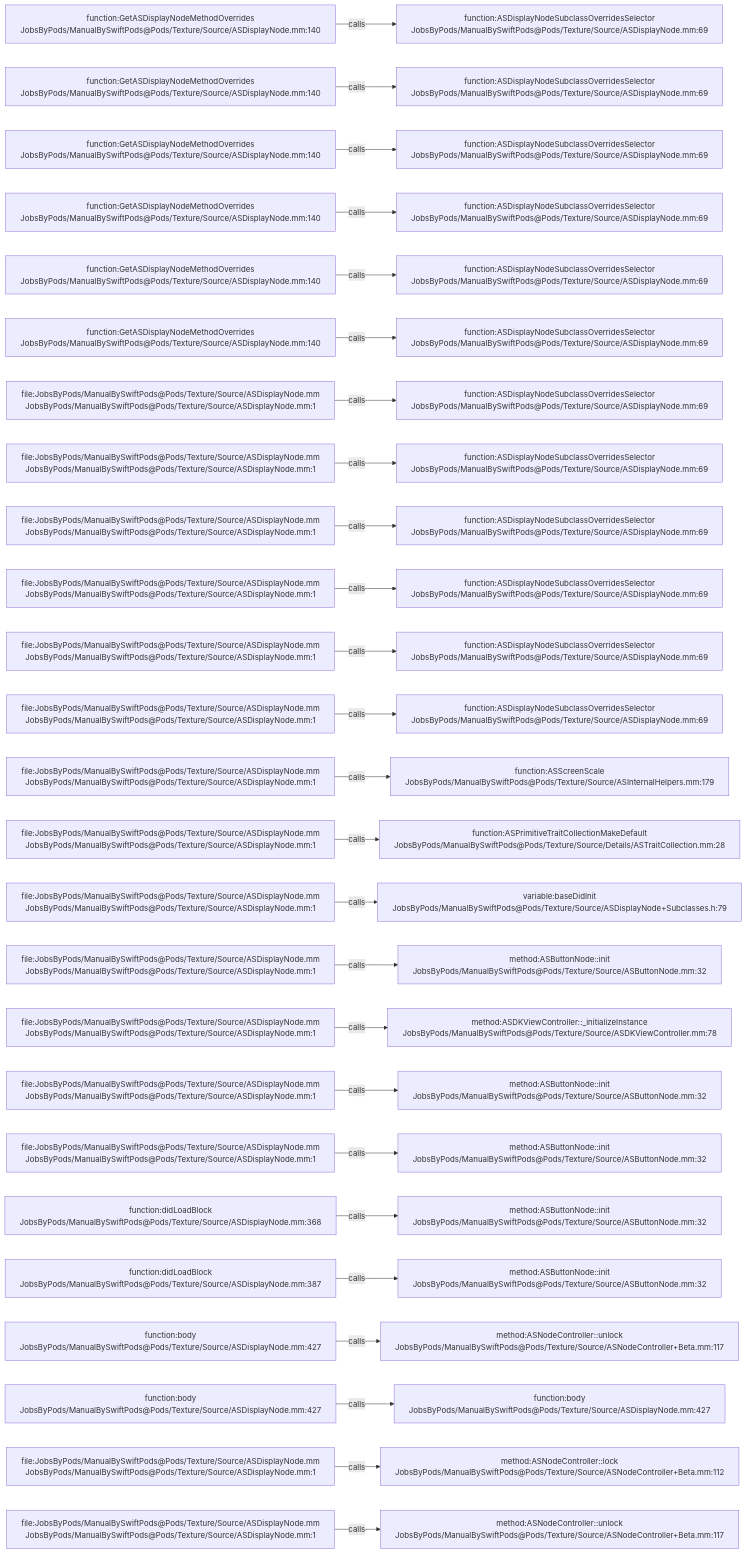
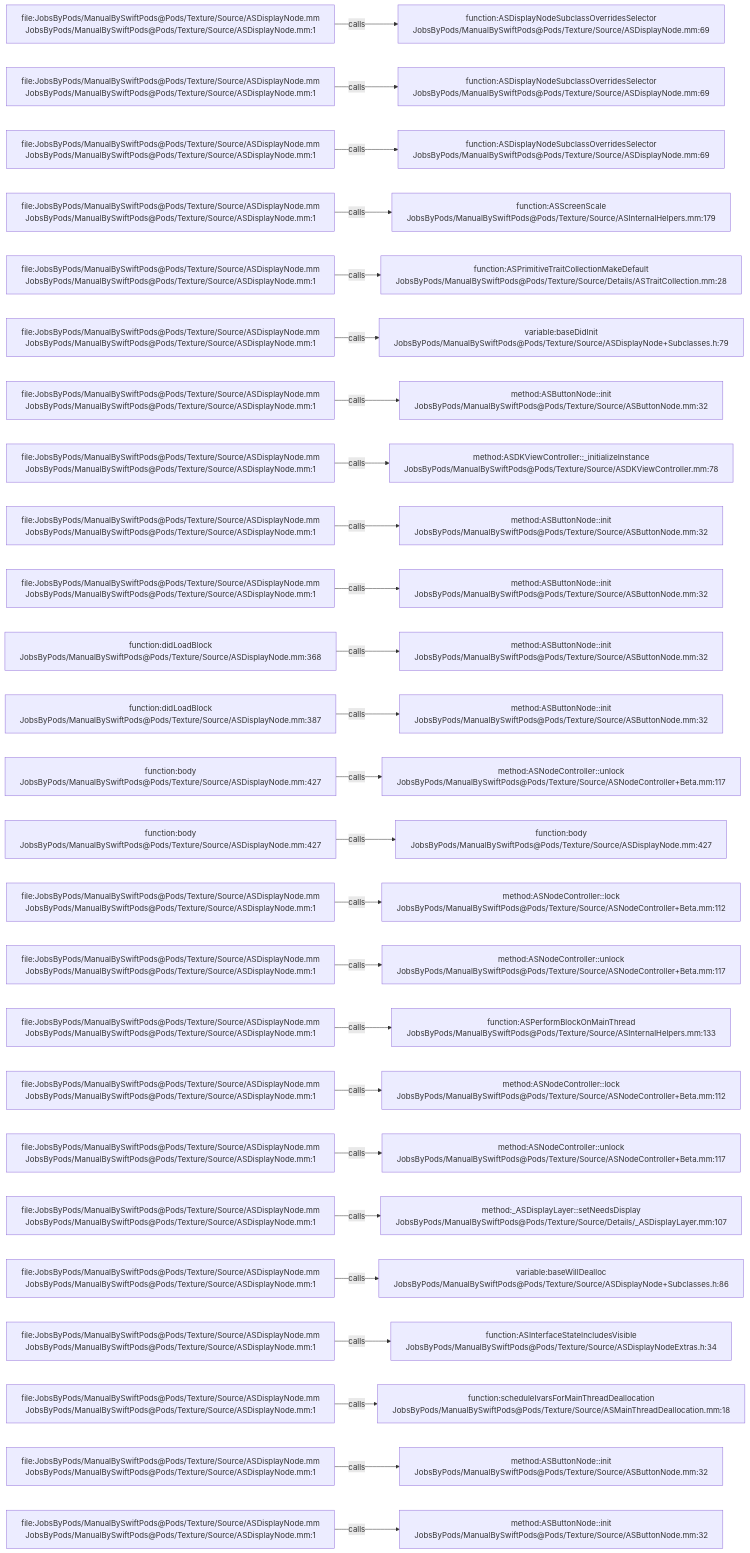
One commit to JobsKits/JobsSwiftBaseConfigDemo changed the diagram in .codegraph/codegraph.md/graphs/calls-027.md. Above: the diagram before and after it, drawn with Mermaid. The commit also changed 707 other files, not shown here.

````diff
--- a/.codegraph/codegraph.md/graphs/calls-027.md
+++ b/.codegraph/codegraph.md/graphs/calls-027.md
@@ -13,78 +13,78 @@
 ```mermaid
 flowchart LR
-  S1["function:GetASDisplayNodeMethodOverrides<br/>JobsByPods/ManualBySwiftPods@Pods/Texture/Source/ASDisplayNode.mm:140"]
+  S1["file:JobsByPods/ManualBySwiftPods@Pods/Texture/Source/ASDisplayNode.mm<br/>JobsByPods/ManualBySwiftPods@Pods/Texture/Source/ASDisplayNode.mm:1"]
   T1["function:ASDisplayNodeSubclassOverridesSelector<br/>JobsByPods/ManualBySwiftPods@Pods/Texture/Source/ASDisplayNode.mm:69"]
   S1 -->|calls| T1
-  S2["function:GetASDisplayNodeMethodOverrides<br/>JobsByPods/ManualBySwiftPods@Pods/Texture/Source/ASDisplayNode.mm:140"]
+  S2["file:JobsByPods/ManualBySwiftPods@Pods/Texture/Source/ASDisplayNode.mm<br/>JobsByPods/ManualBySwiftPods@Pods/Texture/Source/ASDisplayNode.mm:1"]
   T2["function:ASDisplayNodeSubclassOverridesSelector<br/>JobsByPods/ManualBySwiftPods@Pods/Texture/Source/ASDisplayNode.mm:69"]
   S2 -->|calls| T2
-  S3["function:GetASDisplayNodeMethodOverrides<br/>JobsByPods/ManualBySwiftPods@Pods/Texture/Source/ASDisplayNode.mm:140"]
+  S3["file:JobsByPods/ManualBySwiftPods@Pods/Texture/Source/ASDisplayNode.mm<br/>JobsByPods/ManualBySwiftPods@Pods/Texture/Source/ASDisplayNode.mm:1"]
   T3["function:ASDisplayNodeSubclassOverridesSelector<br/>JobsByPods/ManualBySwiftPods@Pods/Texture/Source/ASDisplayNode.mm:69"]
   S3 -->|calls| T3
-  S4["function:GetASDisplayNodeMethodOverrides<br/>JobsByPods/ManualBySwiftPods@Pods/Texture/Source/ASDisplayNode.mm:140"]
-  T4["function:ASDisplayNodeSubclassOverridesSelector<br/>JobsByPods/ManualBySwiftPods@Pods/Texture/Source/ASDisplayNode.mm:69"]
+  S4["file:JobsByPods/ManualBySwiftPods@Pods/Texture/Source/ASDisplayNode.mm<br/>JobsByPods/ManualBySwiftPods@Pods/Texture/Source/ASDisplayNode.mm:1"]
+  T4["function:ASScreenScale<br/>JobsByPods/ManualBySwiftPods@Pods/Texture/Source/ASInternalHelpers.mm:179"]
   S4 -->|calls| T4
-  S5["function:GetASDisplayNodeMethodOverrides<br/>JobsByPods/ManualBySwiftPods@Pods/Texture/Source/ASDisplayNode.mm:140"]
-  T5["function:ASDisplayNodeSubclassOverridesSelector<br/>JobsByPods/ManualBySwiftPods@Pods/Texture/Source/ASDisplayNode.mm:69"]
+  S5["file:JobsByPods/ManualBySwiftPods@Pods/Texture/Source/ASDisplayNode.mm<br/>JobsByPods/ManualBySwiftPods@Pods/Texture/Source/ASDisplayNode.mm:1"]
+  T5["function:ASPrimitiveTraitCollectionMakeDefault<br/>JobsByPods/ManualBySwiftPods@Pods/Texture/Source/Details/ASTraitCollection.mm:28"]
   S5 -->|calls| T5
-  S6["function:GetASDisplayNodeMethodOverrides<br/>JobsByPods/ManualBySwiftPods@Pods/Texture/Source/ASDisplayNode.mm:140"]
-  T6["function:ASDisplayNodeSubclassOverridesSelector<br/>JobsByPods/ManualBySwiftPods@Pods/Texture/Source/ASDisplayNode.mm:69"]
+  S6["file:JobsByPods/ManualBySwiftPods@Pods/Texture/Source/ASDisplayNode.mm<br/>JobsByPods/ManualBySwiftPods@Pods/Texture/Source/ASDisplayNode.mm:1"]
+  T6["variable:baseDidInit<br/>JobsByPods/ManualBySwiftPods@Pods/Texture/Source/ASDisplayNode+Subclasses.h:79"]
   S6 -->|calls| T6
   S7["file:JobsByPods/ManualBySwiftPods@Pods/Texture/Source/ASDisplayNode.mm<br/>JobsByPods/ManualBySwiftPods@Pods/Texture/Source/ASDisplayNode.mm:1"]
-  T7["function:ASDisplayNodeSubclassOverridesSelector<br/>JobsByPods/ManualBySwiftPods@Pods/Texture/Source/ASDisplayNode.mm:69"]
+  T7["method:ASButtonNode::init<br/>JobsByPods/ManualBySwiftPods@Pods/Texture/Source/ASButtonNode.mm:32"]
   S7 -->|calls| T7
   S8["file:JobsByPods/ManualBySwiftPods@Pods/Texture/Source/ASDisplayNode.mm<br/>JobsByPods/ManualBySwiftPods@Pods/Texture/Source/ASDisplayNode.mm:1"]
-  T8["function:ASDisplayNodeSubclassOverridesSelector<br/>JobsByPods/ManualBySwiftPods@Pods/Texture/Source/ASDisplayNode.mm:69"]
+  T8["method:ASDKViewController::_initializeInstance<br/>JobsByPods/ManualBySwiftPods@Pods/Texture/Source/ASDKViewController.mm:78"]
   S8 -->|calls| T8
   S9["file:JobsByPods/ManualBySwiftPods@Pods/Texture/Source/ASDisplayNode.mm<br/>JobsByPods/ManualBySwiftPods@Pods/Texture/Source/ASDisplayNode.mm:1"]
-  T9["function:ASDisplayNodeSubclassOverridesSelector<br/>JobsByPods/ManualBySwiftPods@Pods/Texture/Source/ASDisplayNode.mm:69"]
+  T9["method:ASButtonNode::init<br/>JobsByPods/ManualBySwiftPods@Pods/Texture/Source/ASButtonNode.mm:32"]
   S9 -->|calls| T9
   S10["file:JobsByPods/ManualBySwiftPods@Pods/Texture/Source/ASDisplayNode.mm<br/>JobsByPods/ManualBySwiftPods@Pods/Texture/Source/ASDisplayNode.mm:1"]
-  T10["function:ASDisplayNodeSubclassOverridesSelector<br/>JobsByPods/ManualBySwiftPods@Pods/Texture/Source/ASDisplayNode.mm:69"]
+  T10["method:ASButtonNode::init<br/>JobsByPods/ManualBySwiftPods@Pods/Texture/Source/ASButtonNode.mm:32"]
   S10 -->|calls| T10
-  S11["file:JobsByPods/ManualBySwiftPods@Pods/Texture/Source/ASDisplayNode.mm<br/>JobsByPods/ManualBySwiftPods@Pods/Texture/Source/ASDisplayNode.mm:1"]
-  T11["function:ASDisplayNodeSubclassOverridesSelector<br/>JobsByPods/ManualBySwiftPods@Pods/Texture/Source/ASDisplayNode.mm:69"]
+  S11["function:didLoadBlock<br/>JobsByPods/ManualBySwiftPods@Pods/Texture/Source/ASDisplayNode.mm:368"]
+  T11["method:ASButtonNode::init<br/>JobsByPods/ManualBySwiftPods@Pods/Texture/Source/ASButtonNode.mm:32"]
   S11 -->|calls| T11
-  S12["file:JobsByPods/ManualBySwiftPods@Pods/Texture/Source/ASDisplayNode.mm<br/>JobsByPods/ManualBySwiftPods@Pods/Texture/Source/ASDisplayNode.mm:1"]
-  T12["function:ASDisplayNodeSubclassOverridesSelector<br/>JobsByPods/ManualBySwiftPods@Pods/Texture/Source/ASDisplayNode.mm:69"]
+  S12["function:didLoadBlock<br/>JobsByPods/ManualBySwiftPods@Pods/Texture/Source/ASDisplayNode.mm:387"]
+  T12["method:ASButtonNode::init<br/>JobsByPods/ManualBySwiftPods@Pods/Texture/Source/ASButtonNode.mm:32"]
   S12 -->|calls| T12
-  S13["file:JobsByPods/ManualBySwiftPods@Pods/Texture/Source/ASDisplayNode.mm<br/>JobsByPods/ManualBySwiftPods@Pods/Texture/Source/ASDisplayNode.mm:1"]
-  T13["function:ASScreenScale<br/>JobsByPods/ManualBySwiftPods@Pods/Texture/Source/ASInternalHelpers.mm:179"]
+  S13["function:body<br/>JobsByPods/ManualBySwiftPods@Pods/Texture/Source/ASDisplayNode.mm:427"]
+  T13["method:ASNodeController::unlock<br/>JobsByPods/ManualBySwiftPods@Pods/Texture/Source/ASNodeController+Beta.mm:117"]
   S13 -->|calls| T13
-  S14["file:JobsByPods/ManualBySwiftPods@Pods/Texture/Source/ASDisplayNode.mm<br/>JobsByPods/ManualBySwiftPods@Pods/Texture/Source/ASDisplayNode.mm:1"]
-  T14["function:ASPrimitiveTraitCollectionMakeDefault<br/>JobsByPods/ManualBySwiftPods@Pods/Texture/Source/Details/ASTraitCollection.mm:28"]
+  S14["function:body<br/>JobsByPods/ManualBySwiftPods@Pods/Texture/Source/ASDisplayNode.mm:427"]
+  T14["function:body<br/>JobsByPods/ManualBySwiftPods@Pods/Texture/Source/ASDisplayNode.mm:427"]
   S14 -->|calls| T14
   S15["file:JobsByPods/ManualBySwiftPods@Pods/Texture/Source/ASDisplayNode.mm<br/>JobsByPods/ManualBySwiftPods@Pods/Texture/Source/ASDisplayNode.mm:1"]
-  T15["variable:baseDidInit<br/>JobsByPods/ManualBySwiftPods@Pods/Texture/Source/ASDisplayNode+Subclasses.h:79"]
+  T15["method:ASNodeController::lock<br/>JobsByPods/ManualBySwiftPods@Pods/Texture/Source/ASNodeController+Beta.mm:112"]
   S15 -->|calls| T15
   S16["file:JobsByPods/ManualBySwiftPods@Pods/Texture/Source/ASDisplayNode.mm<br/>JobsByPods/ManualBySwiftPods@Pods/Texture/Source/ASDisplayNode.mm:1"]
-  T16["method:ASButtonNode::init<br/>JobsByPods/ManualBySwiftPods@Pods/Texture/Source/ASButtonNode.mm:32"]
+  T16["method:ASNodeController::unlock<br/>JobsByPods/ManualBySwiftPods@Pods/Texture/Source/ASNodeController+Beta.mm:117"]
   S16 -->|calls| T16
   S17["file:JobsByPods/ManualBySwiftPods@Pods/Texture/Source/ASDisplayNode.mm<br/>JobsByPods/ManualBySwiftPods@Pods/Texture/Source/ASDisplayNode.mm:1"]
-  T17["method:ASDKViewController::_initializeInstance<br/>JobsByPods/ManualBySwiftPods@Pods/Texture/Source/ASDKViewController.mm:78"]
+  T17["function:ASPerformBlockOnMainThread<br/>JobsByPods/ManualBySwiftPods@Pods/Texture/Source/ASInternalHelpers.mm:133"]
   S17 -->|calls| T17
   S18["file:JobsByPods/ManualBySwiftPods@Pods/Texture/Source/ASDisplayNode.mm<br/>JobsByPods/ManualBySwiftPods@Pods/Texture/Source/ASDisplayNode.mm:1"]
-  T18["method:ASButtonNode::init<br/>JobsByPods/ManualBySwiftPods@Pods/Texture/Source/ASButtonNode.mm:32"]
+  T18["method:ASNodeController::lock<br/>JobsByPods/ManualBySwiftPods@Pods/Texture/Source/ASNodeController+Beta.mm:112"]
   S18 -->|calls| T18
   S19["file:JobsByPods/ManualBySwiftPods@Pods/Texture/Source/ASDisplayNode.mm<br/>JobsByPods/ManualBySwiftPods@Pods/Texture/Source/ASDisplayNode.mm:1"]
-  T19["method:ASButtonNode::init<br/>JobsByPods/ManualBySwiftPods@Pods/Texture/Source/ASButtonNode.mm:32"]
+  T19["method:ASNodeController::unlock<br/>JobsByPods/ManualBySwiftPods@Pods/Texture/Source/ASNodeController+Beta.mm:117"]
   S19 -->|calls| T19
-  S20["function:didLoadBlock<br/>JobsByPods/ManualBySwiftPods@Pods/Texture/Source/ASDisplayNode.mm:368"]
-  T20["method:ASButtonNode::init<br/>JobsByPods/ManualBySwiftPods@Pods/Texture/Source/ASButtonNode.mm:32"]
+  S20["file:JobsByPods/ManualBySwiftPods@Pods/Texture/Source/ASDisplayNode.mm<br/>JobsByPods/ManualBySwiftPods@Pods/Texture/Source/ASDisplayNode.mm:1"]
+  T20["method:_ASDisplayLayer::setNeedsDisplay<br/>JobsByPods/ManualBySwiftPods@Pods/Texture/Source/Details/_ASDisplayLayer.mm:107"]
   S20 -->|calls| T20
-  S21["function:didLoadBlock<br/>JobsByPods/ManualBySwiftPods@Pods/Texture/Source/ASDisplayNode.mm:387"]
-  T21["method:ASButtonNode::init<br/>JobsByPods/ManualBySwiftPods@Pods/Texture/Source/ASButtonNode.mm:32"]
+  S21["file:JobsByPods/ManualBySwiftPods@Pods/Texture/Source/ASDisplayNode.mm<br/>JobsByPods/ManualBySwiftPods@Pods/Texture/Source/ASDisplayNode.mm:1"]
+  T21["variable:baseWillDealloc<br/>JobsByPods/ManualBySwiftPods@Pods/Texture/Source/ASDisplayNode+Subclasses.h:86"]
   S21 -->|calls| T21
-  S22["function:body<br/>JobsByPods/ManualBySwiftPods@Pods/Texture/Source/ASDisplayNode.mm:427"]
-  T22["method:ASNodeController::unlock<br/>JobsByPods/ManualBySwiftPods@Pods/Texture/Source/ASNodeController+Beta.mm:117"]
+  S22["file:JobsByPods/ManualBySwiftPods@Pods/Texture/Source/ASDisplayNode.mm<br/>JobsByPods/ManualBySwiftPods@Pods/Texture/Source/ASDisplayNode.mm:1"]
+  T22["function:ASInterfaceStateIncludesVisible<br/>JobsByPods/ManualBySwiftPods@Pods/Texture/Source/ASDisplayNodeExtras.h:34"]
   S22 -->|calls| T22
-  S23["function:body<br/>JobsByPods/ManualBySwiftPods@Pods/Texture/Source/ASDisplayNode.mm:427"]
-  T23["function:body<br/>JobsByPods/ManualBySwiftPods@Pods/Texture/Source/ASDisplayNode.mm:427"]
+  S23["file:JobsByPods/ManualBySwiftPods@Pods/Texture/Source/ASDisplayNode.mm<br/>JobsByPods/ManualBySwiftPods@Pods/Texture/Source/ASDisplayNode.mm:1"]
+  T23["function:scheduleIvarsForMainThreadDeallocation<br/>JobsByPods/ManualBySwiftPods@Pods/Texture/Source/ASMainThreadDeallocation.mm:18"]
   S23 -->|calls| T23
   S24["file:JobsByPods/ManualBySwiftPods@Pods/Texture/Source/ASDisplayNode.mm<br/>JobsByPods/ManualBySwiftPods@Pods/Texture/Source/ASDisplayNode.mm:1"]
-  T24["method:ASNodeController::lock<br/>JobsByPods/ManualBySwiftPods@Pods/Texture/Source/ASNodeController+Beta.mm:112"]
+  T24["method:ASButtonNode::init<br/>JobsByPods/ManualBySwiftPods@Pods/Texture/Source/ASButtonNode.mm:32"]
   S24 -->|calls| T24
   S25["file:JobsByPods/ManualBySwiftPods@Pods/Texture/Source/ASDisplayNode.mm<br/>JobsByPods/ManualBySwiftPods@Pods/Texture/Source/ASDisplayNode.mm:1"]
-  T25["method:ASNodeController::unlock<br/>JobsByPods/ManualBySwiftPods@Pods/Texture/Source/ASNodeController+Beta.mm:117"]
+  T25["method:ASButtonNode::init<br/>JobsByPods/ManualBySwiftPods@Pods/Texture/Source/ASButtonNode.mm:32"]
   S25 -->|calls| T25
 ```
````
